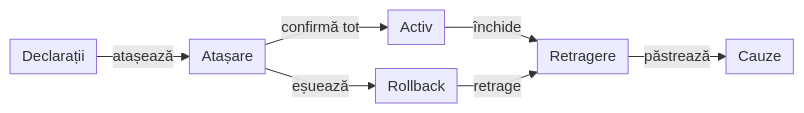
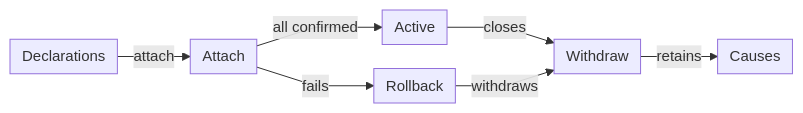
Before and after one commit to crististefanita/atf_j0: the seventh of 9 diagrams in atf-ui/README.md, drawn with Mermaid. The commit also changed other lines of this file and 113 other files, not shown here.

````diff
--- a/atf-ui/README.md
+++ b/atf-ui/README.md
@@ -704,10 +744,10 @@
 ```mermaid
 %%{init: {"themeVariables":{"fontSize":"15px"},"themeCSS":".nodeLabel, .nodeLabel p { font-size: 15px !important; line-height: 1.35 !important; } .edgeLabel, .edgeLabel p { font-size: 12px !important; font-weight: 400 !important; line-height: 1.2 !important; } .edgeLabel .labelBkg, .edgeLabel p { background: transparent !important; } .edgeLabel foreignObject { transform: translateY(-18px); overflow: visible; } .node rect { rx: 6px; ry: 6px; }","flowchart":{"curve":"linear","nodeSpacing":24,"rankSpacing":32,"padding":6,"diagramPadding":20}}}%%
 flowchart LR
-    Declarations["Declarații"] -->|atașează| Attach["Atașare"]
-    Attach -->|confirmă tot| Active["Activ"]
-    Attach -->|eșuează| Rollback["Rollback"]
-    Active -->|închide| Withdraw["Retragere"]
-    Rollback -->|retrage| Withdraw
-    Withdraw -->|păstrează| Causes["Cauze"]
+    Declarations["Declarations"] -->|attach| Attach["Attach"]
+    Attach -->|all confirmed| Active["Active"]
+    Attach -->|fails| Rollback["Rollback"]
+    Active -->|closes| Withdraw["Withdraw"]
+    Rollback -->|withdraws| Withdraw
+    Withdraw -->|retains| Causes["Causes"]
 ```
````
